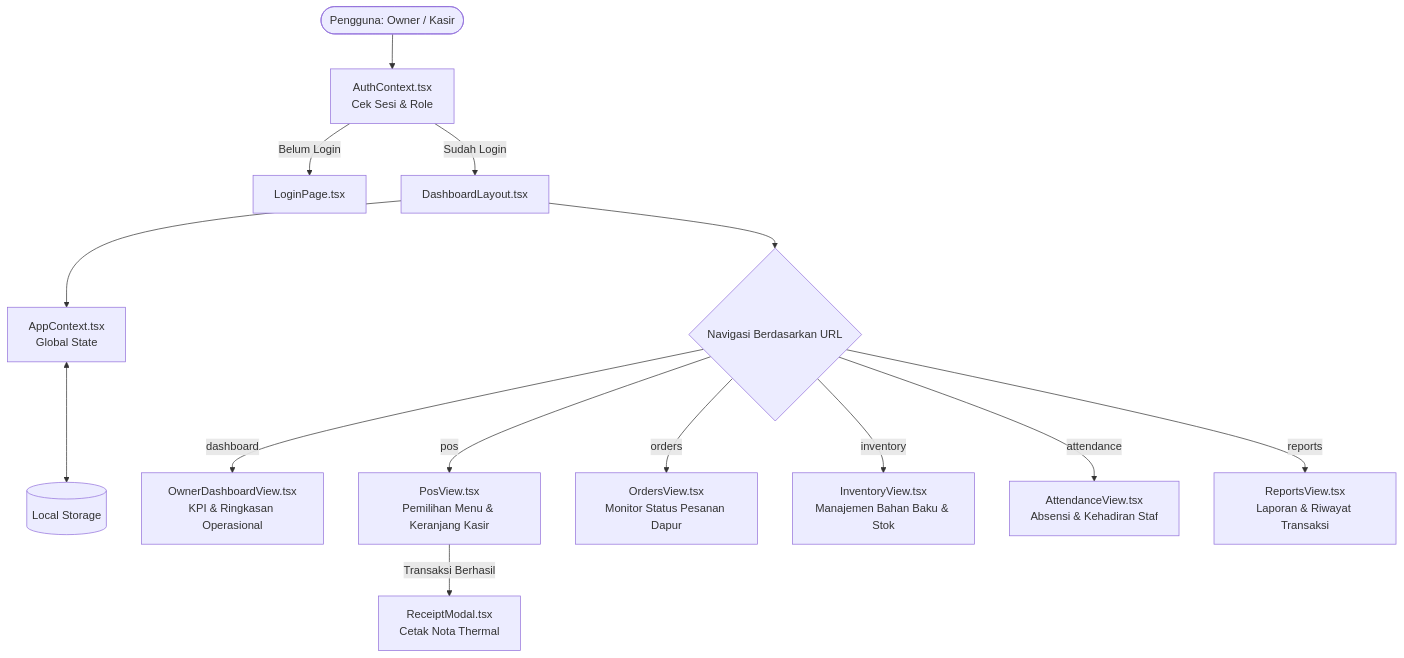
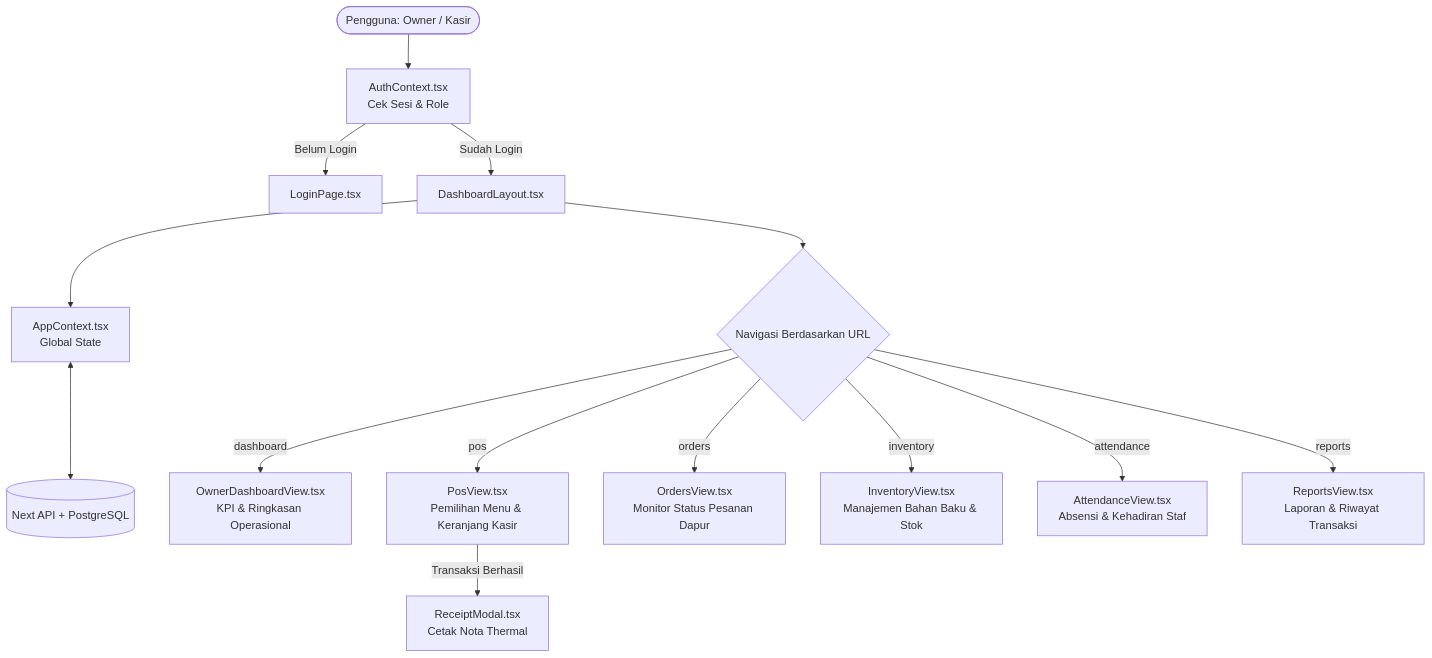
Before and after one commit to sabnyyyyyy/web-dashboard-wongkito: the diagram in README.md, drawn with Mermaid. The commit also changed other lines of this file and 17 other files, not shown here.

First line of the commit message:
feat(be): PostgreSQL tables and API for menu, stock, orders, settings

````diff
--- a/README.md
+++ b/README.md
@@ -66,19 +66,19 @@
 ```mermaid
 flowchart TD
     User([Pengguna: Owner / Kasir]) --> AuthCtx[AuthContext.tsx\nCek Sesi & Role]
     AuthCtx -->|Belum Login| LoginView[LoginPage.tsx]
     AuthCtx -->|Sudah Login| Layout[DashboardLayout.tsx]
     
     Layout --> AppCtx[AppContext.tsx\nGlobal State]
-    AppCtx <--> LocalStorage[(Local Storage)]
+    AppCtx <--> API[(Next API + PostgreSQL)]
     
     Layout --> Views{Navigasi Berdasarkan URL}
     Views -->|dashboard| OwnerView[OwnerDashboardView.tsx\nKPI & Ringkasan Operasional]
     Views -->|pos| PosView[PosView.tsx\nPemilihan Menu & Keranjang Kasir]
     Views -->|orders| OrdersView[OrdersView.tsx\nMonitor Status Pesanan Dapur]
     Views -->|inventory| InventoryView[InventoryView.tsx\nManajemen Bahan Baku & Stok]
     Views -->|attendance| AttendanceView[AttendanceView.tsx\nAbsensi & Kehadiran Staf]
     Views -->|reports| ReportsView[ReportsView.tsx\nLaporan & Riwayat Transaksi]
     
     PosView -->|Transaksi Berhasil| Receipt[ReceiptModal.tsx\nCetak Nota Thermal]
 ```
````
